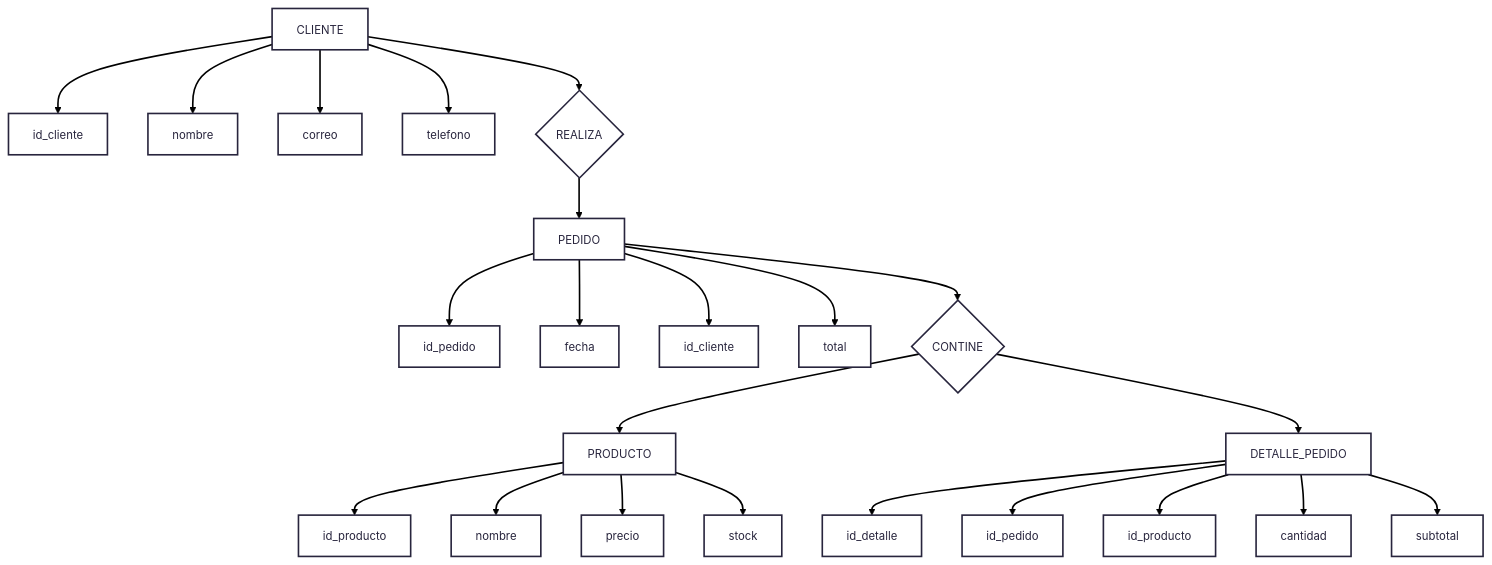
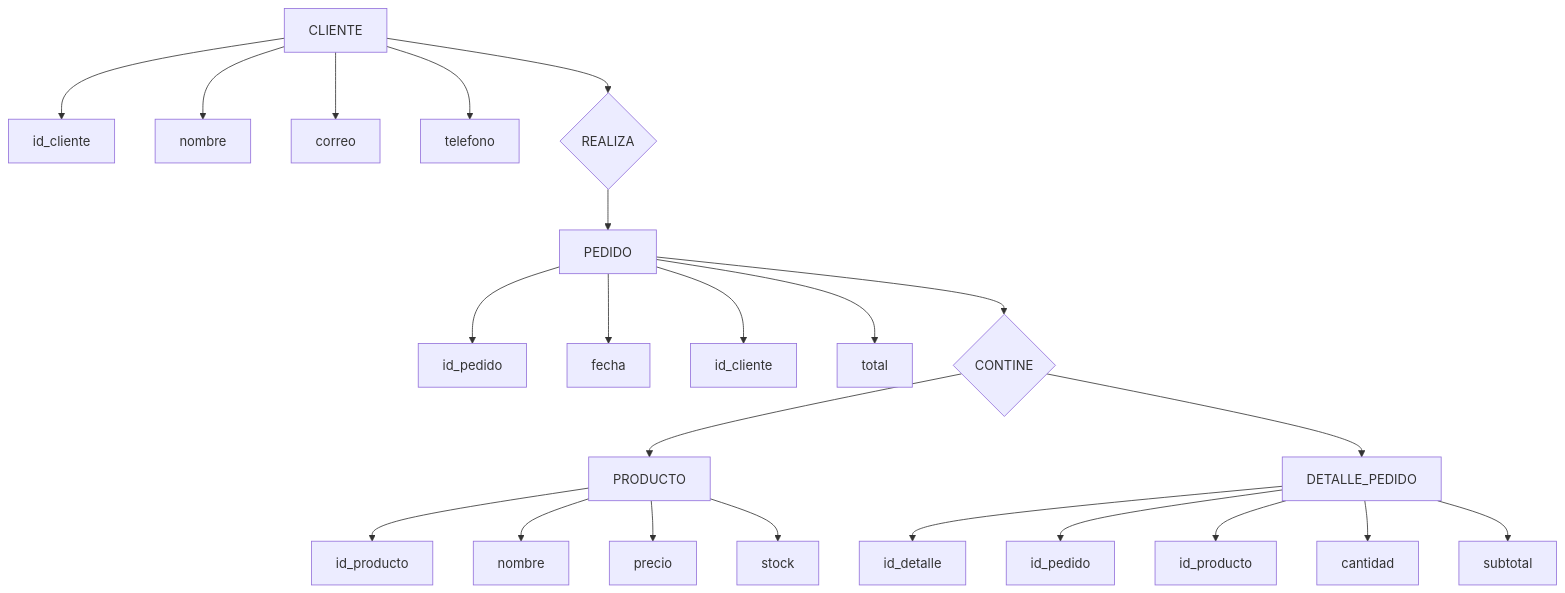
One commit to OJFerreira91/MCD-BDR-2025-OJF changed the diagram in Tarea_#2.md. Above: the diagram before and after it, drawn with Mermaid.

````diff
--- a/Tarea_#2.md
+++ b/Tarea_#2.md
@@ -5,24 +5,24 @@
 ```mermaid
 ---
 config:
-  theme: redux
+  theme: 
   layout: fixed
 ---
 flowchart TD
     cliente["CLIENTE"] --> c1["id_cliente"] & c2["nombre"] & c3["correo"] & c4["telefono"] & rel1["REALIZA"]
     producto["PRODUCTO"] --> p1["id_producto"] & p2["nombre"] & p3["precio"] & p4["stock"]
     pedido["PEDIDO"] --> pe1["id_pedido"] & pe2["fecha"] & pe3["id_cliente"] & pe4["total"] & rel2["CONTINE"]
     detalle["DETALLE_PEDIDO"] --> d1["id_detalle"] & d2["id_pedido"] & d3["id_producto"] & d4["cantidad"] & d5["subtotal"]
     rel1 --> pedido
     rel2 --> producto & detalle
 
     rel1@{ shape: diam}
     rel2@{ shape: diam}
      cliente:::entidad
      rel1:::relacion
      producto:::entidad
      pedido:::entidad
      rel2:::relacion
      detalle:::entidad
 
 ```
````
